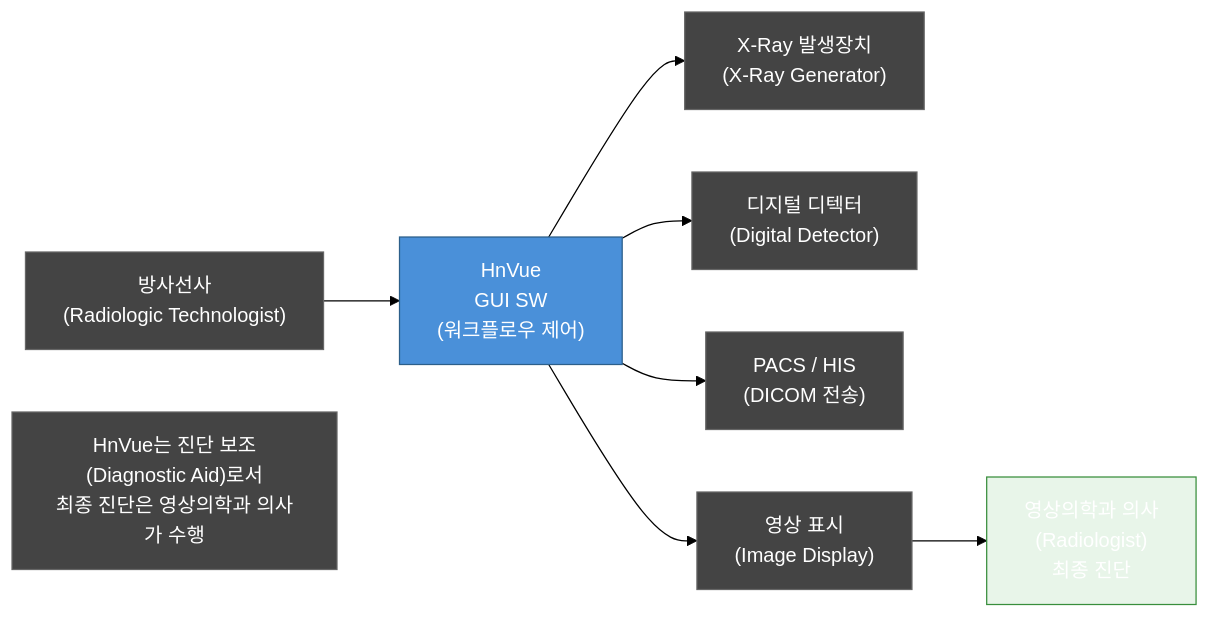
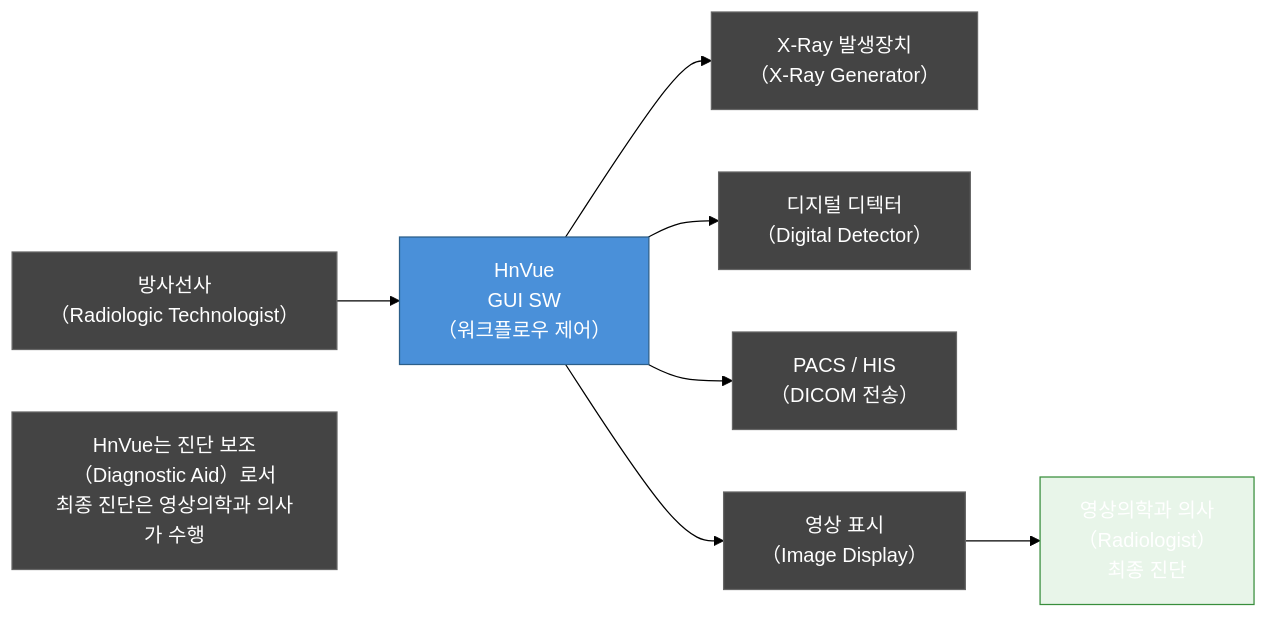
Before and after one commit to holee9/console-gui: the first of 7 diagrams in docs/regulatory/DOC-020_Clinical_Evaluation_Plan_v1.0.md, drawn with Mermaid (forest theme). The commit also changed other lines of this file and 22 other files, not shown here.

First line of the commit message:
fix: Mermaid flowchart 노드 내 괄호 파싱 오류 전면 수정

````diff
--- a/docs/regulatory/DOC-020_Clinical_Evaluation_Plan_v1.0.md
+++ b/docs/regulatory/DOC-020_Clinical_Evaluation_Plan_v1.0.md
@@ -78,15 +78,15 @@
 ```mermaid
 flowchart LR
     classDef default fill:#444,stroke:#666,color:#fff
-    A["방사선사\n(Radiologic Technologist)"] --> B["HnVue\nGUI SW\n(워크플로우 제어)"]
-    B --> C["X-Ray 발생장치\n(X-Ray Generator)"]
-    B --> D["디지털 디텍터\n(Digital Detector)"]
-    B --> E["PACS / HIS\n(DICOM 전송)"]
-    B --> F["영상 표시\n(Image Display)"]
-    F --> G["영상의학과 의사\n(Radiologist)\n최종 진단"]
+    A["방사선사\n（Radiologic Technologist）"] --> B["HnVue\nGUI SW\n（워크플로우 제어）"]
+    B --> C["X-Ray 발생장치\n（X-Ray Generator）"]
+    B --> D["디지털 디텍터\n（Digital Detector）"]
+    B --> E["PACS / HIS\n（DICOM 전송）"]
+    B --> F["영상 표시\n（Image Display）"]
+    F --> G["영상의학과 의사\n（Radiologist）\n최종 진단"]
     
     style B fill:#4A90D9,color:#fff,stroke:#2C5F8A
     style G fill:#E8F5E9,stroke:#388E3C
     
-    note1["HnVue는 진단 보조(Diagnostic Aid)로서\n최종 진단은 영상의학과 의사가 수행"]
+    note1["HnVue는 진단 보조（Diagnostic Aid）로서\n최종 진단은 영상의학과 의사가 수행"]
 ```
````
